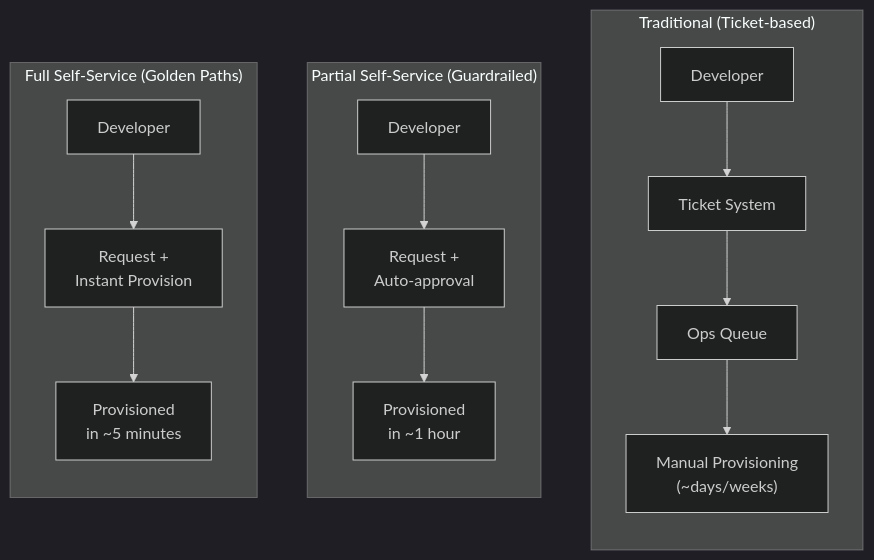
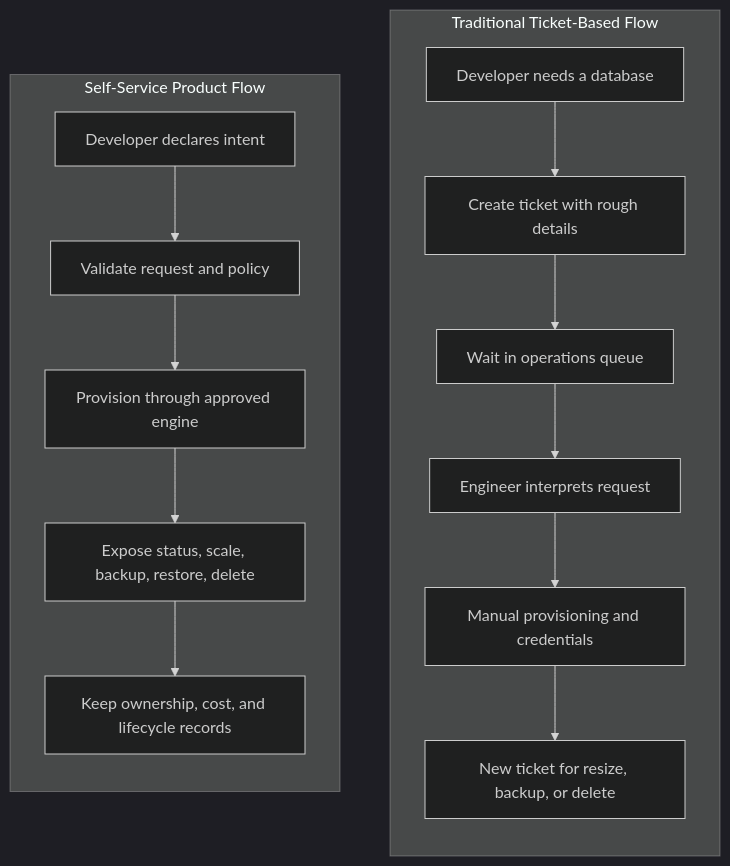
Before and after one commit to krisztiankoos/kubedojo: the first of 14 diagrams in src/content/docs/platform/disciplines/core-platform/platform-engineering/module-2.5-self-service-infrastructure.md, drawn with Mermaid (dark theme). The commit also changed other lines of this file, not shown here.

First line of the commit message:
quality(rewrite): codex rewrite platform-disciplines-core-platform-platform-engineering-module-2.5-self-service-infrastructure (attempt 2096a7e69832)

````diff
--- a/src/content/docs/platform/disciplines/core-platform/platform-engineering/module-2.5-self-service-infrastructure.md
+++ b/src/content/docs/platform/disciplines/core-platform/platform-engineering/module-2.5-self-service-infrastructure.md
@@ -57,21 +58,19 @@
 ```mermaid
 flowchart TD
-    subgraph Traditional["Traditional (Ticket-based)"]
+    subgraph Traditional["Traditional Ticket-Based Flow"]
         direction TB
-        Dev1["Developer"] --> T1["Ticket System"]
-        T1 --> Ops["Ops Queue"]
-        Ops --> Prov1["Manual Provisioning<br/>(~days/weeks)"]
+        Dev1["Developer needs a database"] --> Ticket1["Create ticket with rough details"]
+        Ticket1 --> Queue1["Wait in operations queue"]
+        Queue1 --> Human1["Engineer interprets request"]
+        Human1 --> Manual1["Manual provisioning and credentials"]
+        Manual1 --> Follow1["New ticket for resize, backup, or delete"]
     end
-    
-    subgraph Partial["Partial Self-Service (Guardrailed)"]
+
+    subgraph SelfService["Self-Service Product Flow"]
         direction TB
-        Dev2["Developer"] --> Req1["Request +<br/>Auto-approval"]
-        Req1 --> Prov2["Provisioned<br/>in ~1 hour"]
-    end
-    
-    subgraph Full["Full Self-Service (Golden Paths)"]
-        direction TB
-        Dev3["Developer"] --> Req2["Request +<br/>Instant Provision"]
-        Req2 --> Prov3["Provisioned<br/>in ~5 minutes"]
+        Dev2["Developer declares intent"] --> Validate2["Validate request and policy"]
+        Validate2 --> Provision2["Provision through approved engine"]
+        Provision2 --> Operate2["Expose status, scale, backup, restore, delete"]
+        Operate2 --> Audit2["Keep ownership, cost, and lifecycle records"]
     end
 ```
````
